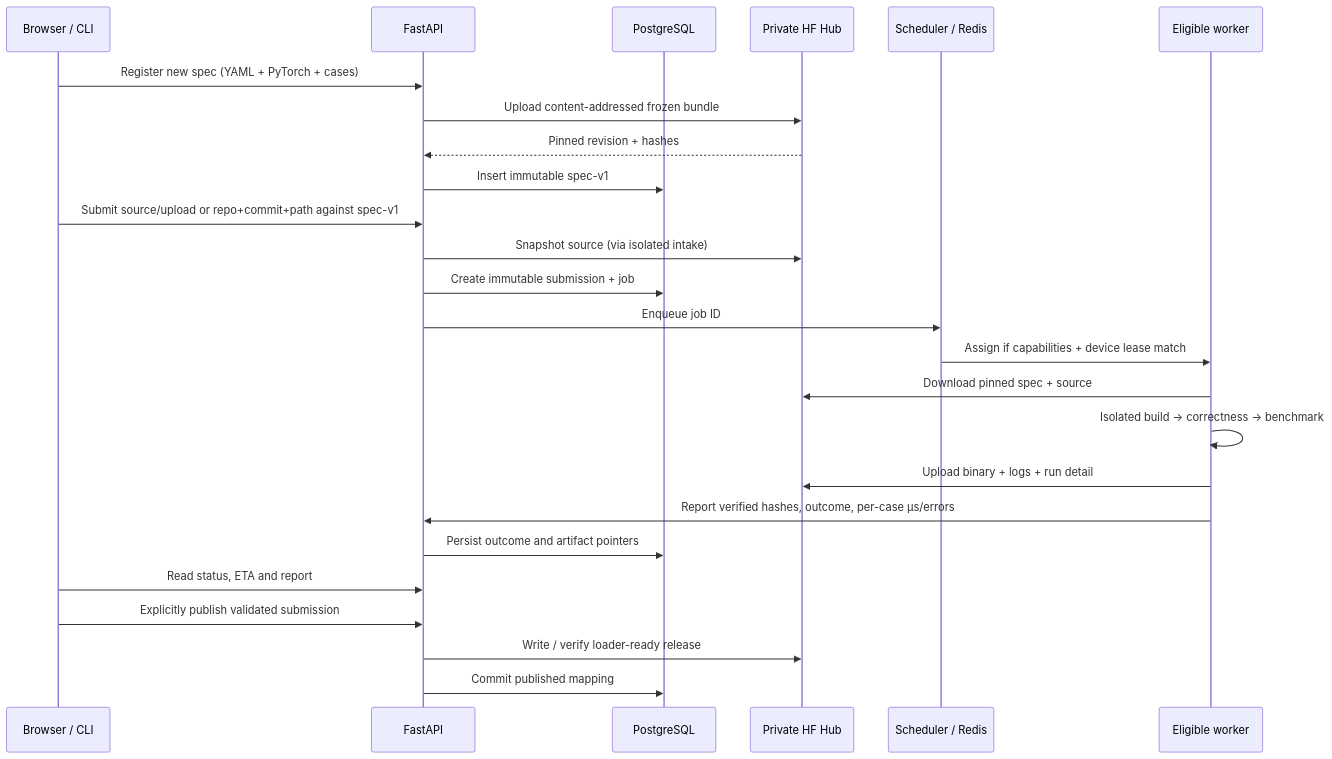
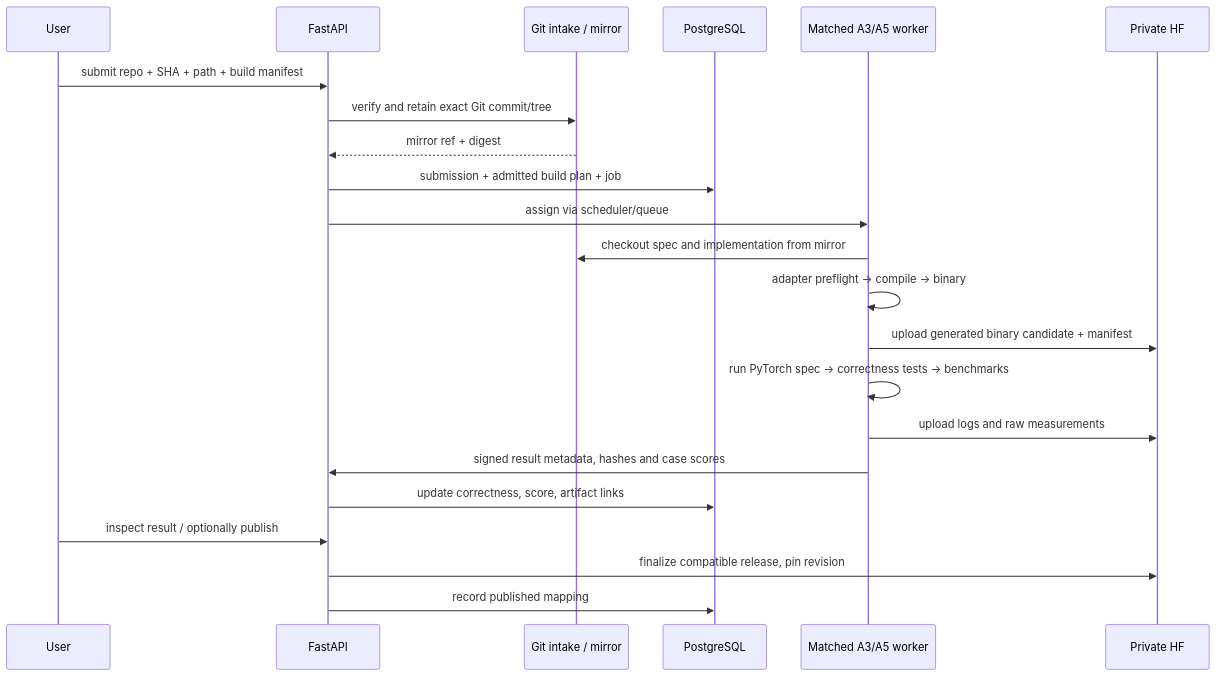
Before and after one commit to huawei-cpl-zurich/cannery: the second of 2 diagrams in docs/architecture.md, drawn with Mermaid. The commit also changed other lines of this file, not shown here.

Commit message:
docs: make Git exclusive source store and build binaries during admission

````diff
--- a/docs/architecture.md
+++ b/docs/architecture.md
@@ -124,27 +92,24 @@
 ```mermaid
 sequenceDiagram
-    participant C as Browser / CLI
-    participant A as FastAPI
-    participant P as PostgreSQL
-    participant H as Private HF Hub
-    participant Q as Scheduler / Redis
-    participant W as Eligible worker
-    C->>A: Register new spec (YAML + PyTorch + cases)
-    A->>H: Upload content-addressed frozen bundle
-    H-->>A: Pinned revision + hashes
-    A->>P: Insert immutable spec-v1
-    C->>A: Submit source/upload or repo+commit+path against spec-v1
-    A->>H: Snapshot source (via isolated intake)
-    A->>P: Create immutable submission + job
-    A->>Q: Enqueue job ID
-    Q->>W: Assign if capabilities + device lease match
-    W->>H: Download pinned spec + source
-    W->>W: Isolated build → correctness → benchmark
-    W->>H: Upload binary + logs + run detail
-    W->>A: Report verified hashes, outcome, per-case µs/errors
-    A->>P: Persist outcome and artifact pointers
-    C->>A: Read status, ETA and report
-    C->>A: Explicitly publish validated submission
-    A->>H: Write / verify loader-ready release
-    A->>P: Commit published mapping
+  participant C as User
+  participant A as FastAPI
+  participant G as Git intake / mirror
+  participant P as PostgreSQL
+  participant W as Matched A3/A5 worker
+  participant H as Private HF
+  C->>A: submit repo + SHA + path + build manifest
+  A->>G: verify and retain exact Git commit/tree
+  G-->>A: mirror ref + digest
+  A->>P: submission + admitted build plan + job
+  A->>W: assign via scheduler/queue
+  W->>G: checkout spec and implementation from mirror
+  W->>W: adapter preflight -> compile -> binary
+  W->>H: upload generated binary candidate + manifest
+  W->>W: run PyTorch spec -> correctness tests -> benchmarks
+  W->>H: upload logs and raw measurements
+  W->>A: signed result metadata, hashes and case scores
+  A->>P: update correctness, score, artifact links
+  C->>A: inspect result / optionally publish
+  A->>H: finalize compatible release, pin revision
+  A->>P: record published mapping
 ```
````
